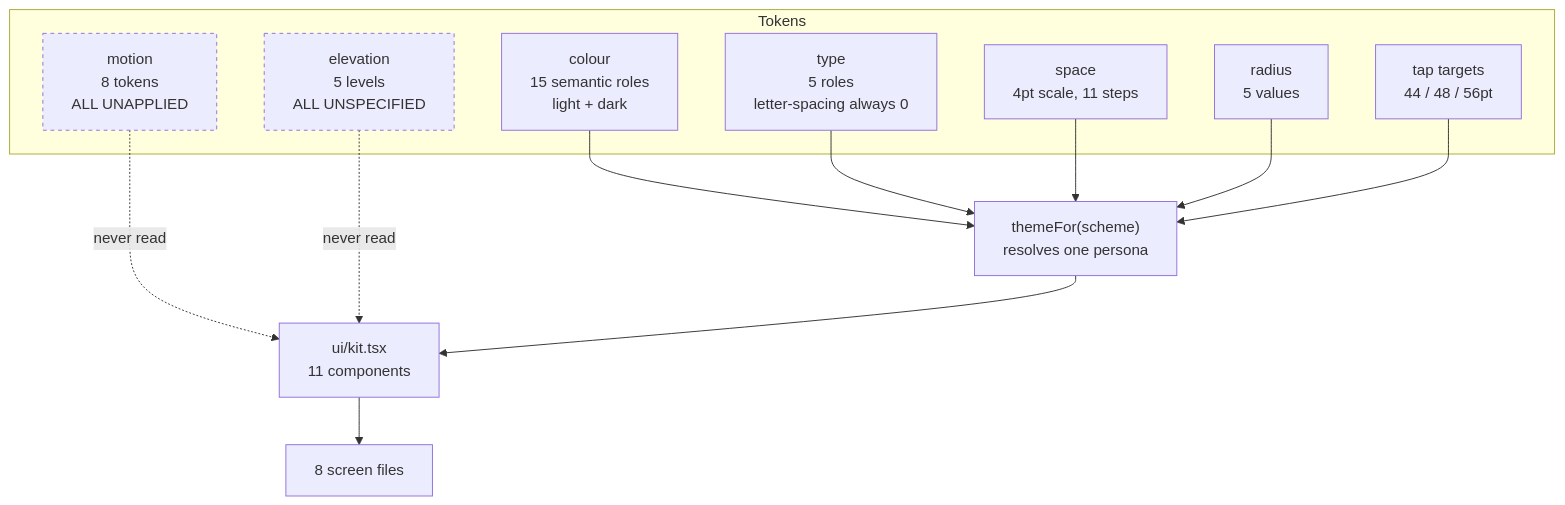
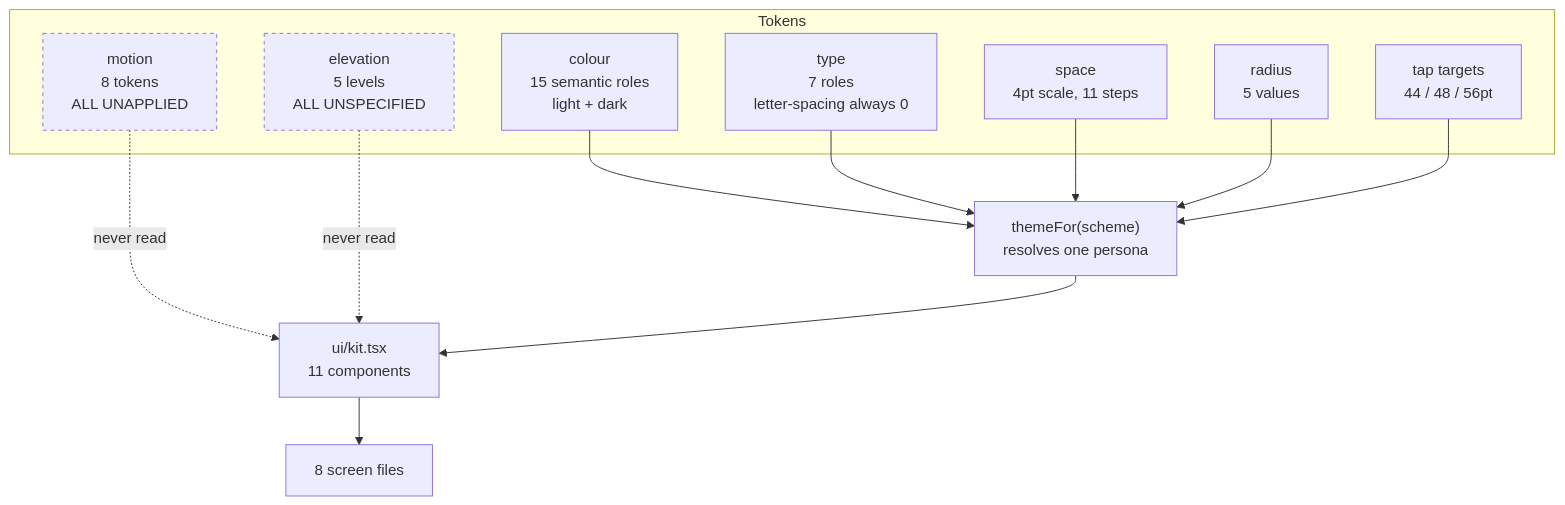
Before and after one commit to alinasser21001b-blip/adlytic: the fourth of 6 diagrams in docs/design/DIAGRAMS.md, drawn with Mermaid. The commit also changed 45 other files, not shown here.

````diff
--- a/docs/design/DIAGRAMS.md
+++ b/docs/design/DIAGRAMS.md
@@ -154,26 +154,26 @@
 ```mermaid
 flowchart TD
   subgraph Tokens
     color["colour<br/>15 semantic roles<br/>light + dark"]
-    type["type<br/>5 roles<br/>letter-spacing always 0"]
+    type["type<br/>7 roles<br/>letter-spacing always 0"]
     space["space<br/>4pt scale, 11 steps"]
     radius["radius<br/>5 values"]
     tap["tap targets<br/>44 / 48 / 56pt"]
     motion["motion<br/>8 tokens<br/>ALL UNAPPLIED"]
     elevation["elevation<br/>5 levels<br/>ALL UNSPECIFIED"]
   end
   theme["themeFor(scheme)<br/>resolves one persona"]
   kit["ui/kit.tsx<br/>11 components"]
   screens["8 screen files"]
   color --> theme
   type --> theme
   space --> theme
   radius --> theme
   tap --> theme
   motion -.never read.-> kit
   elevation -.never read.-> kit
   theme --> kit
   kit --> screens
   classDef dead stroke-dasharray: 4 4;
   class motion,elevation dead;
 ```
````
